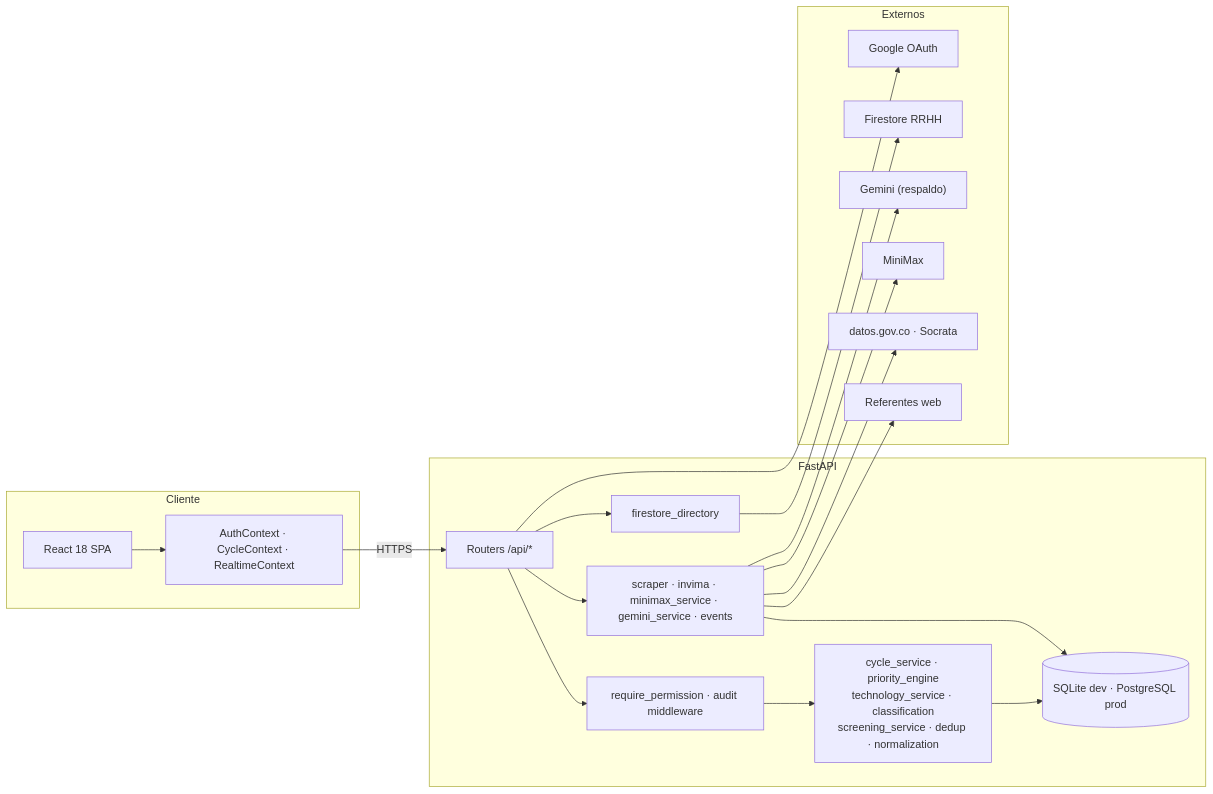
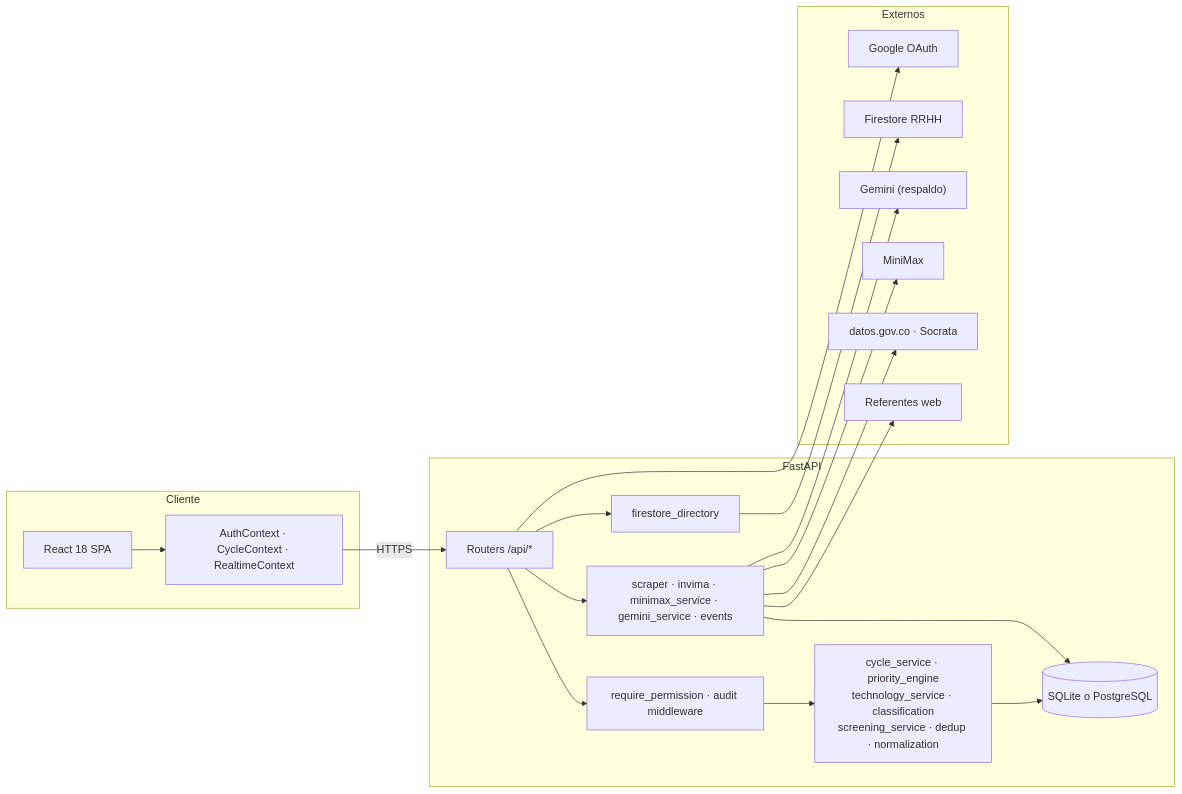
One commit to IETS-ColombiaDev/Sis_HS_IETS changed the diagram in README.md. Above: the diagram before and after it, drawn with Mermaid. The commit also changed other lines of this file and 10 other files, not shown here.

````diff
--- a/README.md
+++ b/README.md
@@ -416,34 +426,34 @@
 ```mermaid
 flowchart LR
   subgraph Cliente
     SPA["React 18 SPA"]
     CTX["AuthContext · CycleContext · RealtimeContext"]
     SPA --> CTX
   end
   subgraph Backend["FastAPI"]
     API["Routers /api/*"]
     GUARD["require_permission · audit middleware"]
     DOM["cycle_service · priority_engine<br/>technology_service · classification<br/>screening_service · dedup · normalization"]
     SVC["scraper · invima · minimax_service · gemini_service · events"]
     DIR["firestore_directory"]
-    DB[("SQLite dev · PostgreSQL prod")]
+    DB[("SQLite o PostgreSQL")]
     API --> GUARD --> DOM --> DB
     API --> SVC --> DB
     API --> DIR
   end
   subgraph Externos
     WEB["Referentes web"]
     SOC["datos.gov.co · Socrata"]
     MM["MiniMax"]
     GEM["Gemini (respaldo)"]
     FS["Firestore RRHH"]
     GGL["Google OAuth"]
   end
   CTX -->|HTTPS| API
   SVC --> WEB
   SVC --> SOC
   SVC --> MM
   SVC --> GEM
   DIR --> FS
   API --> GGL
 ```
````
